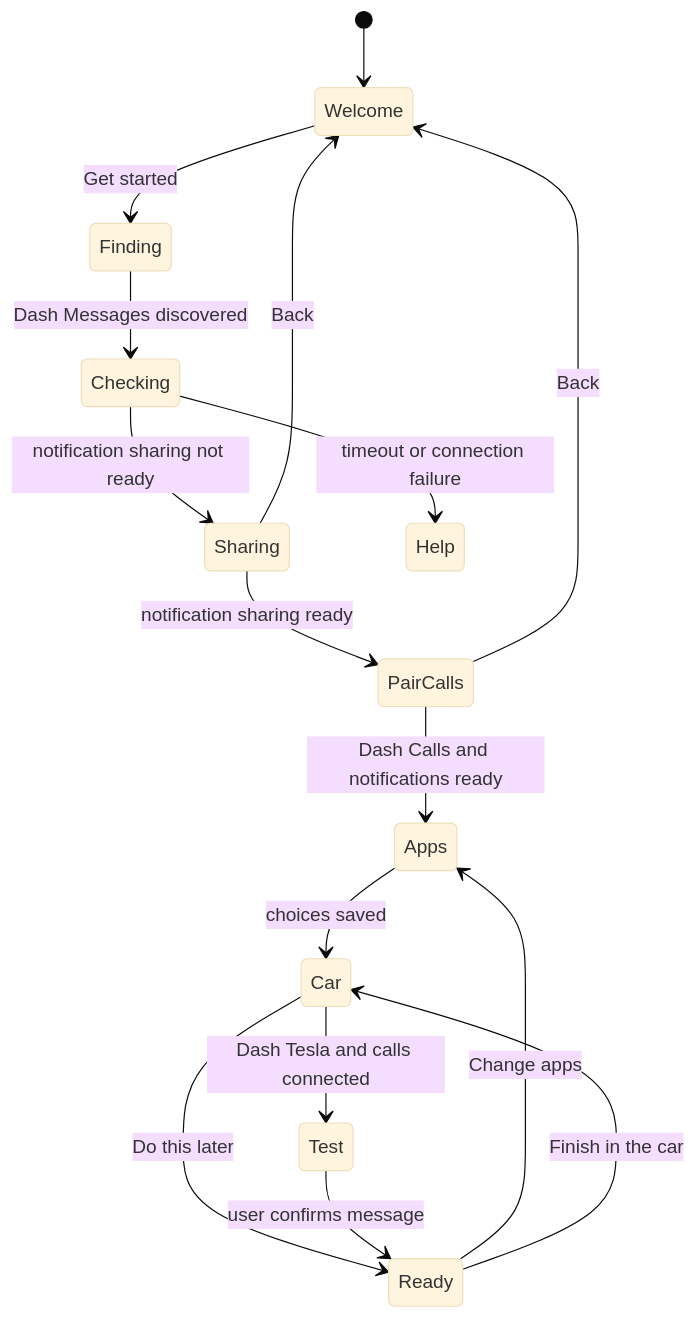
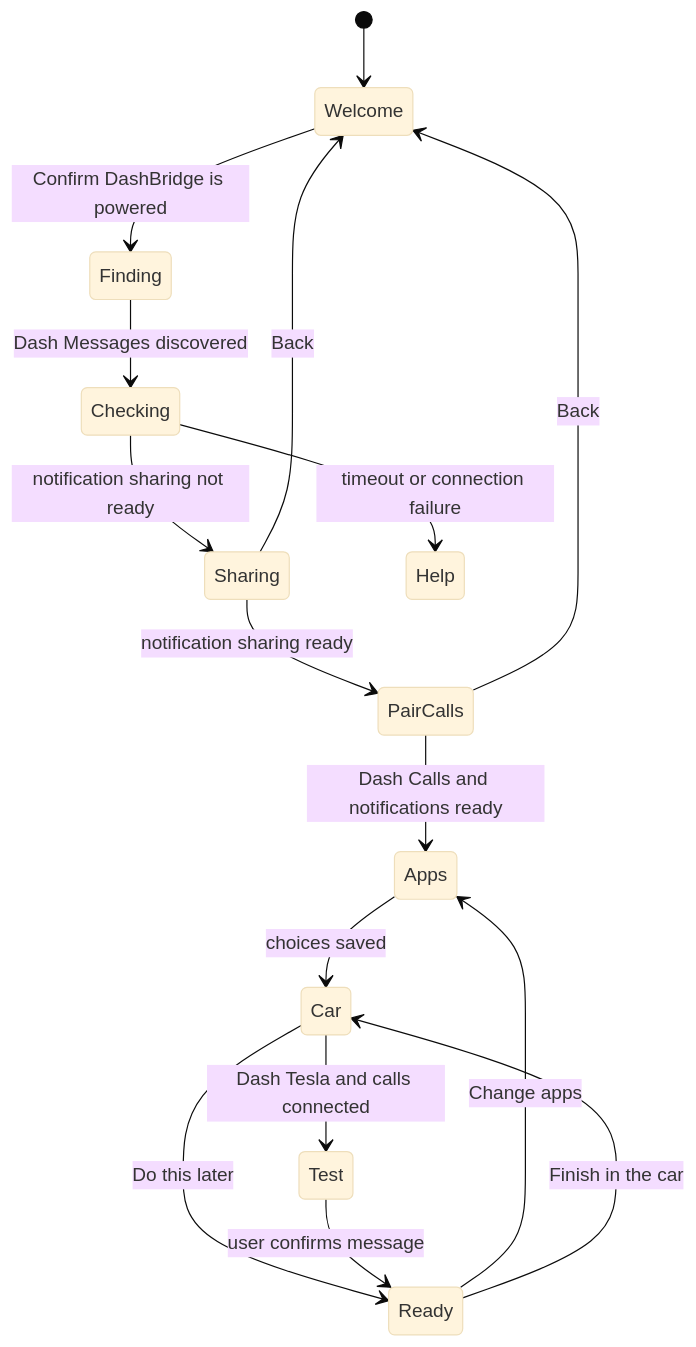
One commit to thomasgregg/DashBridge changed the second of 2 diagrams in ios/ARCHITECTURE.md. Above: the diagram before and after it, drawn with Mermaid (base theme). The commit also changed other lines of this file and 6 other files, not shown here.

````diff
--- a/ios/ARCHITECTURE.md
+++ b/ios/ARCHITECTURE.md
@@ -63,18 +63,18 @@
 ```mermaid
 stateDiagram-v2
     [*] --> Welcome
-    Welcome --> Finding: Get started
+    Welcome --> Finding: Confirm DashBridge is powered
     Finding --> Checking: Dash Messages discovered
     Checking --> Sharing: notification sharing not ready
     Sharing --> PairCalls: notification sharing ready
     PairCalls --> Apps: Dash Calls and notifications ready
     Apps --> Car: choices saved
     Car --> Test: Dash Tesla and calls connected
     Car --> Ready: Do this later
     Test --> Ready: user confirms message
     Ready --> Apps: Change apps
     Ready --> Car: Finish in the car
     Checking --> Help: timeout or connection failure
     Sharing --> Welcome: Back
     PairCalls --> Welcome: Back
 ```
````
